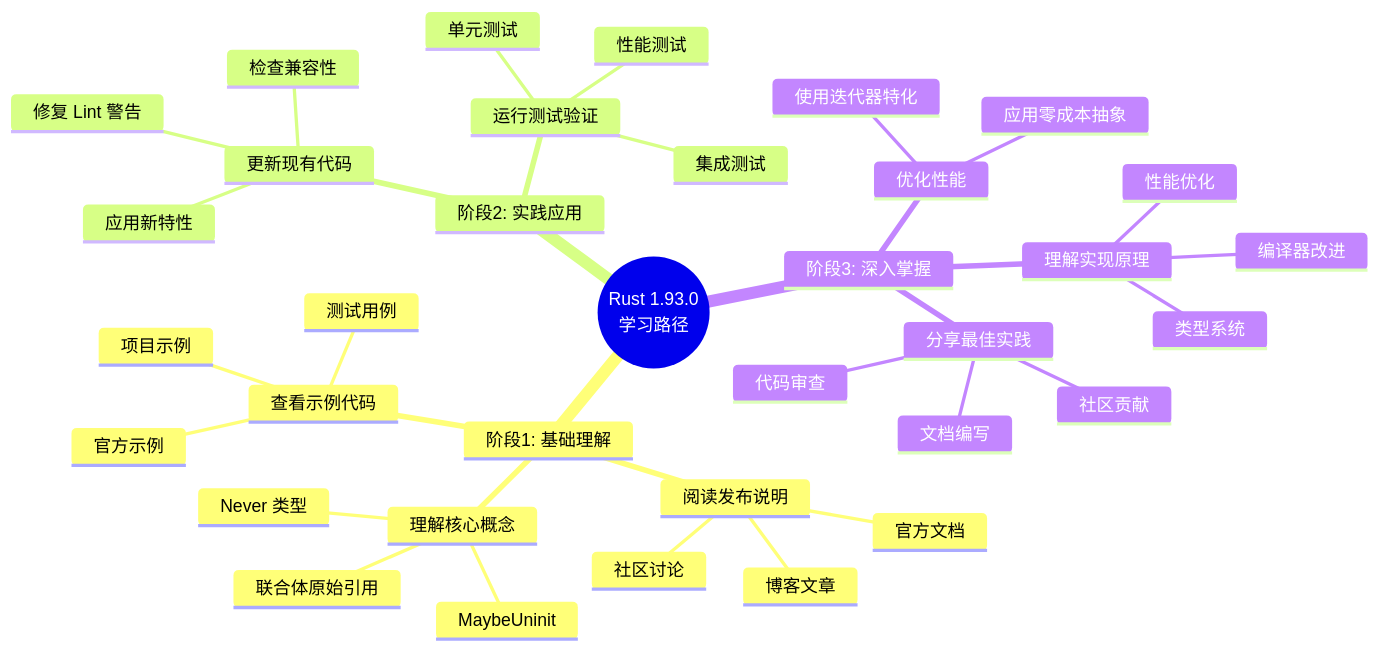
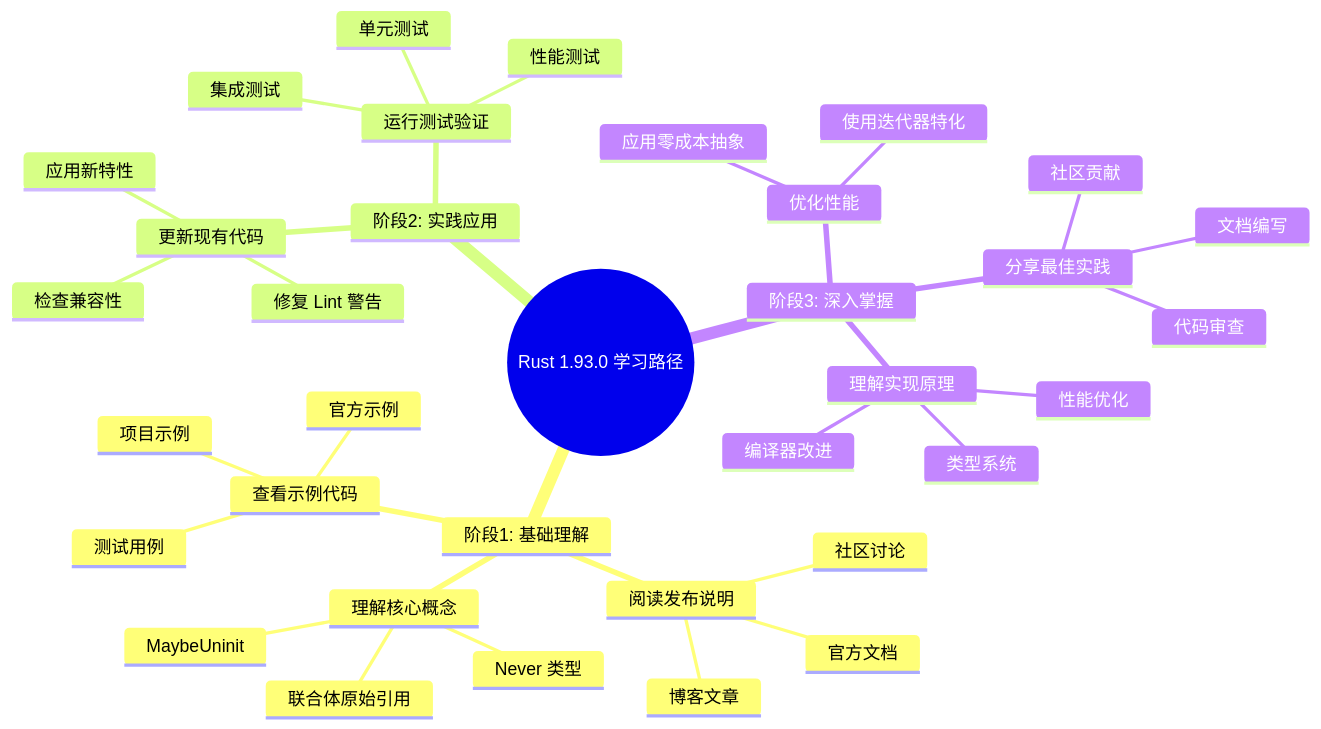
Before and after one commit to martin-ly/rust-lang: the fourth of 16 diagrams in docs/THINKING_REPRESENTATION_METHODS.md, drawn with Mermaid. The commit also changed other lines of this file and 42 other files, not shown here.

````diff
--- a/docs/THINKING_REPRESENTATION_METHODS.md
+++ b/docs/THINKING_REPRESENTATION_METHODS.md
@@ -176,38 +245,38 @@
 ```mermaid
 mindmap
-  root((Rust 1.93.0<br/>学习路径))
+  root((Rust 1.93.0 学习路径))
     阶段1: 基础理解
       阅读发布说明
         官方文档
         博客文章
         社区讨论
       理解核心概念
         MaybeUninit
         联合体原始引用
         Never 类型
       查看示例代码
         官方示例
         项目示例
         测试用例
     阶段2: 实践应用
       更新现有代码
         检查兼容性
         应用新特性
         修复 Lint 警告
       运行测试验证
         单元测试
         集成测试
         性能测试
     阶段3: 深入掌握
       理解实现原理
         编译器改进
         类型系统
         性能优化
       优化性能
         使用迭代器特化
         应用零成本抽象
       分享最佳实践
         文档编写
         代码审查
         社区贡献
 ```
````
